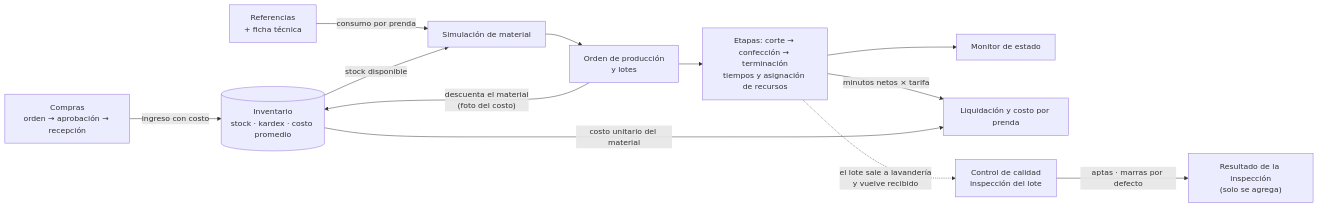
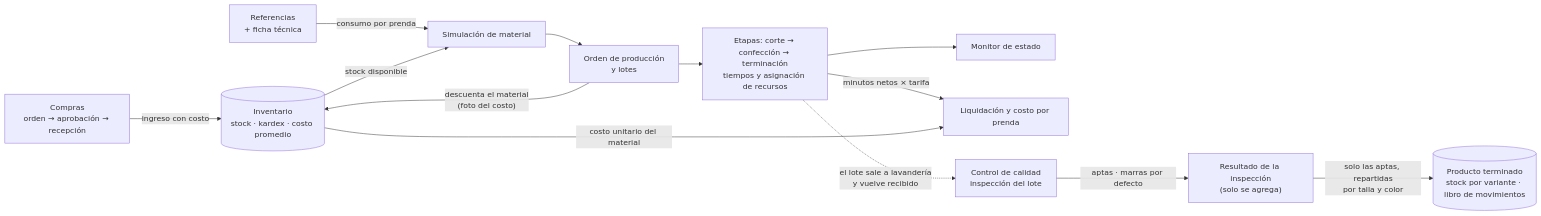
The first of 4 diagrams in docs/modulos.md (BayronVV/TexCoreERP-Backend), drawn with Mermaid before and after one commit. The commit also changed other lines of this file and 10 other files, not shown here.

First line of the commit message:
docs(TE-60): documenta el ingreso al inventario final y el producto terminado

````diff
--- a/docs/modulos.md
+++ b/docs/modulos.md
@@ -25,14 +26,15 @@
 ```mermaid
 flowchart LR
     COMP["Compras<br/>orden → aprobación → recepción"] -- "ingreso con costo" --> INV[("Inventario<br/>stock · kardex · costo promedio")]
     REF["Referencias<br/>+ ficha técnica"] -- "consumo por prenda" --> PLAN["Simulación de material"]
     INV -- "stock disponible" --> PLAN
     PLAN --> ORD["Orden de producción<br/>y lotes"]
     ORD -- "descuenta el material<br/>(foto del costo)" --> INV
     ORD --> TIEMPOS["Etapas: corte → confección → terminación<br/>tiempos y asignación de recursos"]
     TIEMPOS --> MON["Monitor de estado"]
     TIEMPOS -- "minutos netos × tarifa" --> COSTEO["Liquidación y costo por prenda"]
     INV -- "costo unitario del material" --> COSTEO
     TIEMPOS -. "el lote sale a lavandería<br/>y vuelve recibido" .-> CAL["Control de calidad<br/>inspección del lote"]
     CAL -- "aptas · marras por defecto" --> RES["Resultado de la inspección<br/>(solo se agrega)"]
+    RES -- "solo las aptas, repartidas<br/>por talla y color" --> TER[("Producto terminado<br/>stock por variante · libro de movimientos")]
 ```
````
